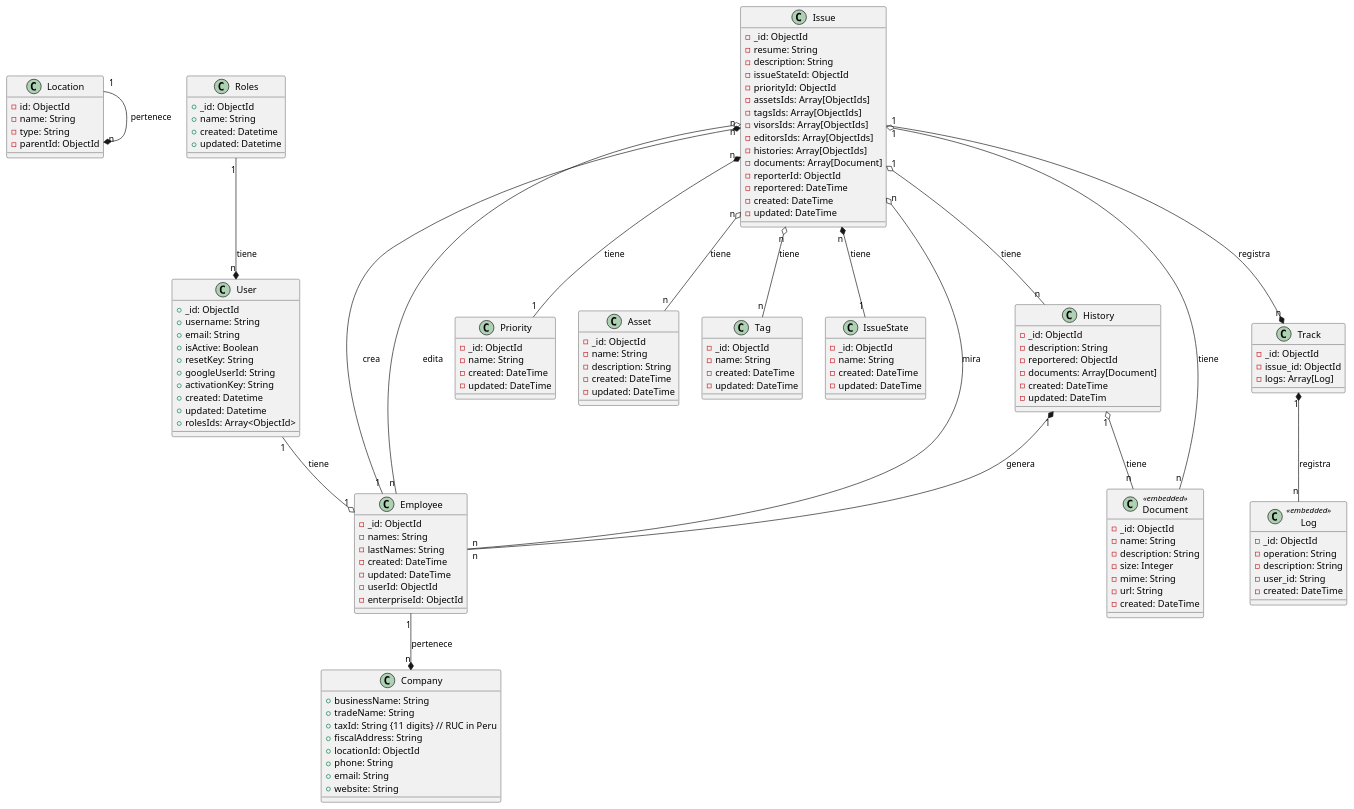
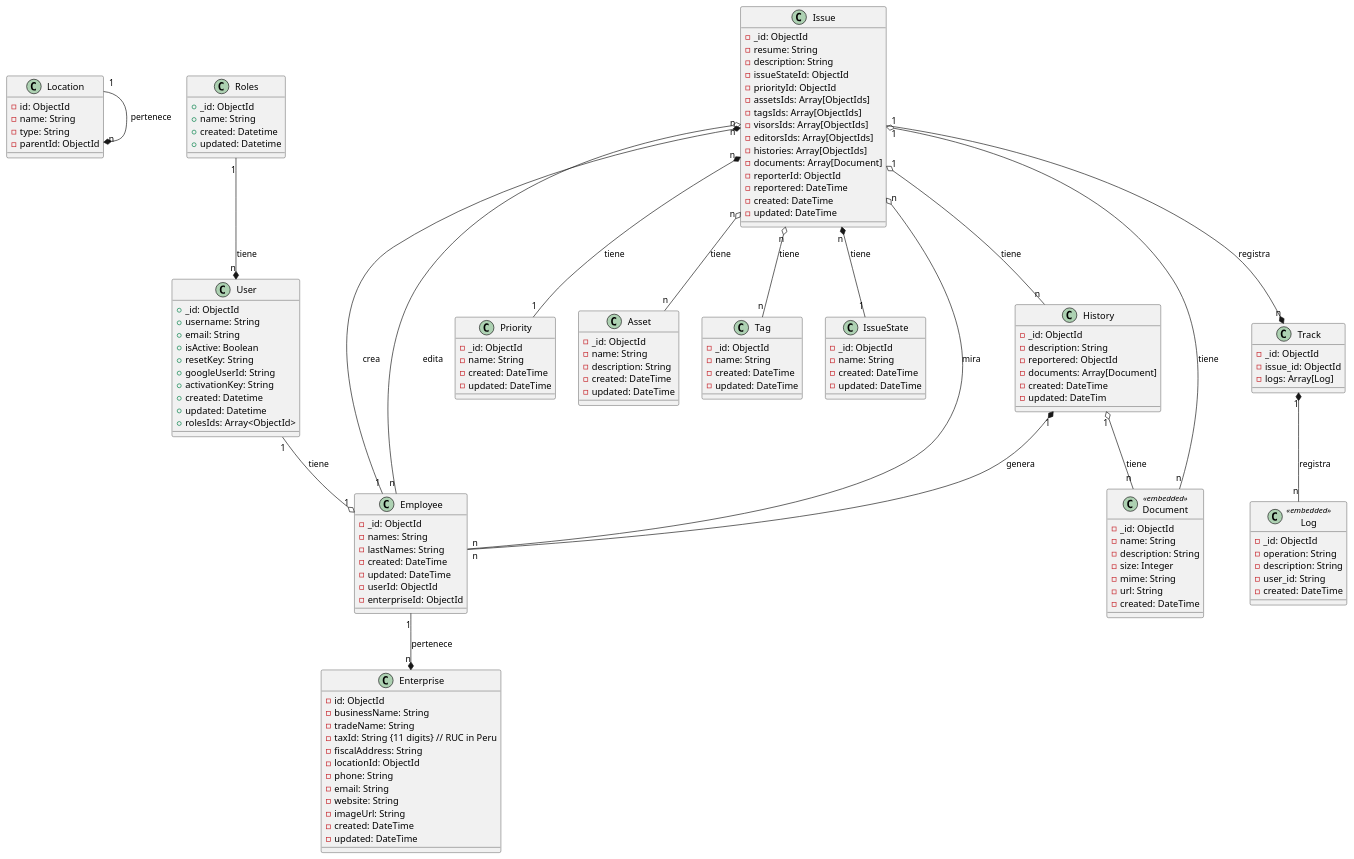
Before and after one commit to pepeul1191/django-mongodb-tickets: the diagram in docs/class diagram.puml, drawn with PlantUML. The commit also changed 13 other files, not shown here.

```diff
--- a/docs/class diagram.puml
+++ b/docs/class diagram.puml
@@ -1,152 +1,156 @@
 @startuml
 
 
 class Location {
   - id: ObjectId
   - name: String
   - type: String
   - parentId: ObjectId
 }
 
 Location "1" --* "n" Location : pertenece
 
-class Company {
-  + businessName: String
-  + tradeName: String
-  + taxId: String {11 digits} // RUC in Peru
-  + fiscalAddress: String
-  + locationId: ObjectId
-  + phone: String
-  + email: String
-  + website: String
+class Enterprise {
+  - id: ObjectId
+  - businessName: String
+  - tradeName: String
+  - taxId: String {11 digits} // RUC in Peru
+  - fiscalAddress: String
+  - locationId: ObjectId
+  - phone: String
+  - email: String
+  - website: String
+  - imageUrl: String
+  - created: DateTime
+  - updated: DateTime
 }
 
 class Employee {
   - _id: ObjectId
   - names: String
   - lastNames: String
   - created: DateTime
   - updated: DateTime
   - userId: ObjectId
   - enterpriseId: ObjectId
 }
 
-Employee "1" --* "n" Company : pertenece
+Employee "1" --* "n" Enterprise : pertenece
 
 class Priority {
   - _id: ObjectId
   - name: String
   - created: DateTime
   - updated: DateTime
 }
 
 class Asset {
   - _id: ObjectId
   - name: String
   - description: String
   - created: DateTime
   - updated: DateTime
 }
 
 class Tag{
   - _id: ObjectId
   - name: String
   - created: DateTime
   - updated: DateTime
 }
 
 class IssueState {
   - _id: ObjectId
   - name: String
   - created: DateTime
   - updated: DateTime
 }
 
 class Issue {
   - _id: ObjectId
   - resume: String
   - description: String
   - issueStateId: ObjectId
   - priorityId: ObjectId
   - assetsIds: Array[ObjectIds]
   - tagsIds: Array[ObjectIds]
   - visorsIds: Array[ObjectIds]
   - editorsIds: Array[ObjectIds]
   - histories: Array[ObjectIds]
   - documents: Array[Document]
   - reporterId: ObjectId
   - reportered: DateTime
   - created: DateTime
   - updated: DateTime
 }
 
 class History {
   - _id: ObjectId
   - description: String
   - reportered: ObjectId
   - documents: Array[Document]
   - created: DateTime
   - updated: DateTim
 }
 
 class Document <<embedded>>{
   - _id: ObjectId
   - name: String
   - description: String
   - size: Integer
   - mime: String
   - url: String
   - created: DateTime
 }
 
 class Track {
   - _id: ObjectId
   - issue_id: ObjectId
   - logs: Array[Log]
 }
 
 class Log <<embedded>>{
   - _id: ObjectId
   - operation: String
   - description: String
   - user_id: String
   - created: DateTime
 }
 
 class User {
   + _id: ObjectId
   + username: String
   + email: String
   + isActive: Boolean
   + resetKey: String
   + googleUserId: String
   + activationKey: String
   + created: Datetime
   + updated: Datetime
   + rolesIds: Array<ObjectId>
 }
 
 class Roles {
   + _id: ObjectId
   + name: String
   + created: Datetime
   + updated: Datetime
 }
 
 Issue "n" *-- "1" Employee : crea
 Issue "n" o-- "n" Employee : mira
 Issue "n" o-- "n" Employee : edita
 Issue "n" *-- "1" IssueState : tiene
 Issue "n" *-- "1" Priority : tiene
 Issue "n" o-- "n" Asset : tiene
 Issue "n" o-- "n" Tag : tiene
 Issue "1" o-- "n" History : tiene
 Issue "1" o-- "n" Document : tiene
 History "1" o-- "n" Document : tiene
 History "1" *-- "n" Employee : genera
 Track "1" *-- "n" Log : registra
 Issue "1" --* "n" Track : registra
 Roles "1" --* "n" User : tiene
 User "1" --o "1" Employee : tiene
 
 @enduml
```
